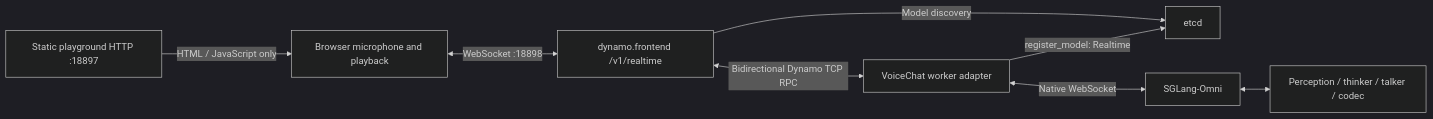
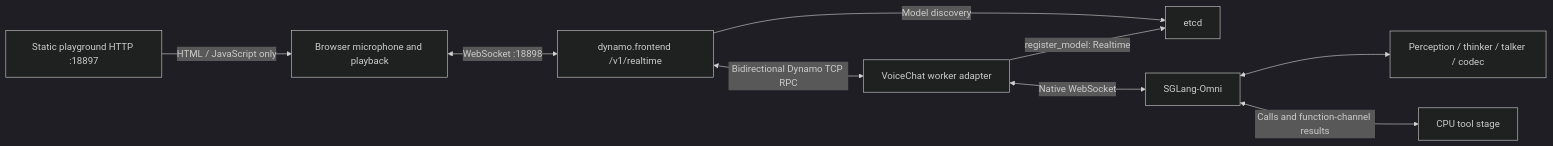
The diagram in examples/backends/sglang/omni_voicechat/README.md (ai-dynamo/dynamo), drawn with Mermaid (dark theme) before and after one commit. The commit also changed other lines of this file and 12 other files, not shown here.

````diff
--- a/examples/backends/sglang/omni_voicechat/README.md
+++ b/examples/backends/sglang/omni_voicechat/README.md
@@ -20,10 +23,11 @@
 ```mermaid
 flowchart LR
     Browser[Browser microphone and playback] <-->|WebSocket :18898| Frontend[dynamo.frontend /v1/realtime]
     Frontend -->|Model discovery| Etcd[etcd]
     Worker[VoiceChat worker adapter] -->|register_model: Realtime| Etcd
     Frontend <-->|Bidirectional Dynamo TCP RPC| Worker
     Worker <-->|Native WebSocket| Omni[SGLang-Omni]
     Omni <--> GPU[Perception / thinker / talker / codec]
+    Omni <-->|Calls and function-channel results| Tools[CPU tool stage]
     Web[Static playground HTTP :18897] -->|HTML / JavaScript only| Browser
 ```
````
